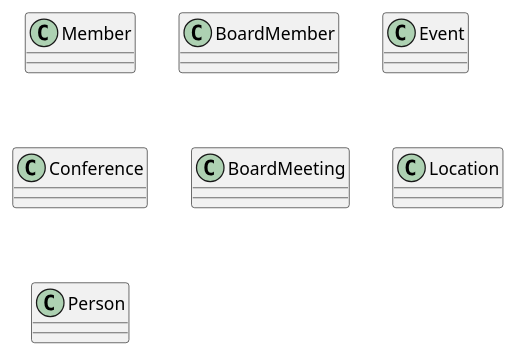
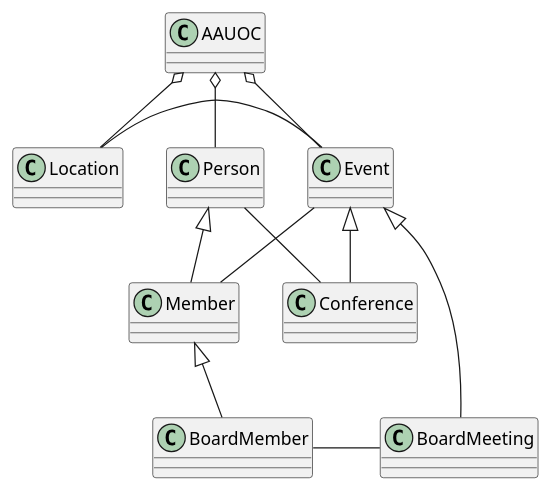
Before and after one commit to Nessie04/UMLInesLlopis: the diagram in Practica11.puml, drawn with PlantUML.

Commit message:
establecemos las relaciones entre clases

```diff
--- a/Practica11.puml
+++ b/Practica11.puml
@@ -1,10 +1,28 @@
 @startuml
 Class Member
 Class BoardMember
 Class Event
 Class Conference
 Class BoardMeeting
 Class Location
 Class Person
+Class AAUOC
+
+AAUOC o-- Location
+AAUOC o-- Event
+AAUOC o-- Person
+
+Location - Event
+
+Event - Member
+Event <|-- BoardMeeting
+Event <|-- Conference
+
+Person <|-- Member
+Person - Conference
+
+Member <|-- BoardMember
+
+BoardMember - BoardMeeting
 
 @enduml
```
